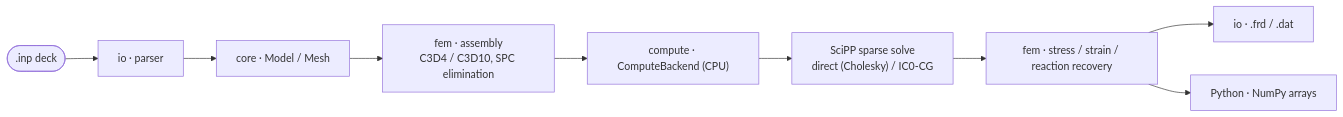
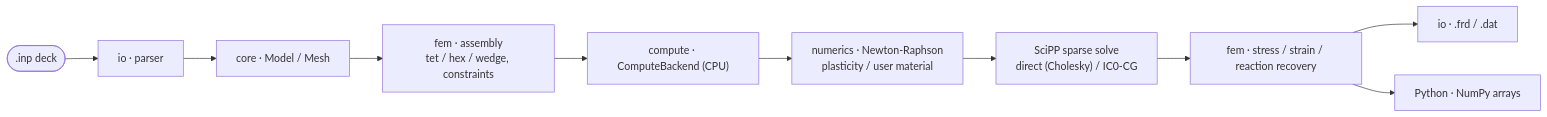
The first of 4 diagrams in README.md (CyberdyneCorp/CalculixPP), drawn with Mermaid before and after one commit. The commit also changed other lines of this file and 6 other files, not shown here.

````diff
--- a/README.md
+++ b/README.md
@@ -15,11 +17,12 @@
 ```mermaid
 flowchart LR
   deck([".inp deck"]) --> parse["io · parser"]
   parse --> model["core · Model / Mesh"]
-  model --> asm["fem · assembly<br/>C3D4 / C3D10, SPC elimination"]
+  model --> asm["fem · assembly<br/>tet / hex / wedge, constraints"]
   asm --> be["compute · ComputeBackend (CPU)"]
-  be --> solve["SciPP sparse solve<br/>direct (Cholesky) / IC0-CG"]
+  be --> nl["numerics · Newton-Raphson<br/>plasticity / user material"]
+  nl --> solve["SciPP sparse solve<br/>direct (Cholesky) / IC0-CG"]
   solve --> rec["fem · stress / strain / reaction recovery"]
   rec --> frd["io · .frd / .dat"]
   rec --> np["Python · NumPy arrays"]
 ```
````
